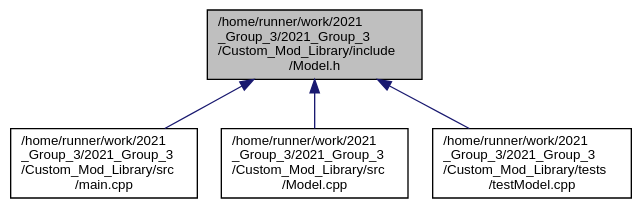
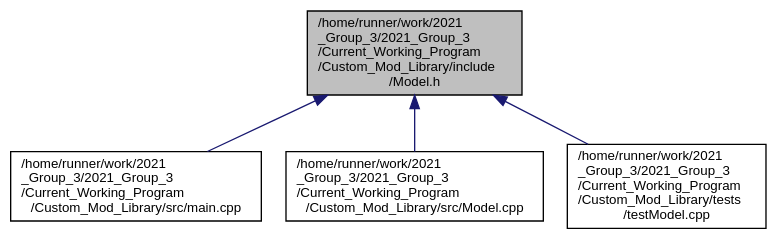
The diagram in _model_8h__dep__incl.dot (ejagombar/2021_Group_3), drawn with Graphviz before and after one commit. The commit also changed 69 other files, not shown here.

```diff
--- a/_model_8h__dep__incl.dot
+++ b/_model_8h__dep__incl.dot
@@ -1,14 +1,14 @@
-digraph "/home/runner/work/2021_Group_3/2021_Group_3/Custom_Mod_Library/include/Model.h"
+digraph "/home/runner/work/2021_Group_3/2021_Group_3/Current_Working_Program/Custom_Mod_Library/include/Model.h"
 {
  // LATEX_PDF_SIZE
   bgcolor="transparent";
   edge [fontname="Helvetica",fontsize="10",labelfontname="Helvetica",labelfontsize="10"];
   node [fontname="Helvetica",fontsize="10",shape=record];
-  Node1 [label="/home/runner/work/2021\l_Group_3/2021_Group_3\l/Custom_Mod_Library/include\l/Model.h",height=0.2,width=0.4,color="black", fillcolor="grey75", style="filled", fontcolor="black",tooltip="Class used to open, save and store .mod files."];
+  Node1 [label="/home/runner/work/2021\l_Group_3/2021_Group_3\l/Current_Working_Program\l/Custom_Mod_Library/include\l/Model.h",height=0.2,width=0.4,color="black", fillcolor="grey75", style="filled", fontcolor="black",tooltip="Class used to open, save and store .mod files."];
   Node1 -> Node2 [dir="back",color="midnightblue",fontsize="10",style="solid",fontname="Helvetica"];
-  Node2 [label="/home/runner/work/2021\l_Group_3/2021_Group_3\l/Custom_Mod_Library/src\l/main.cpp",height=0.2,width=0.4,color="black",URL="$_custom___mod___library_2src_2main_8cpp.html",tooltip=" "];
+  Node2 [label="/home/runner/work/2021\l_Group_3/2021_Group_3\l/Current_Working_Program\l/Custom_Mod_Library/src/main.cpp",height=0.2,width=0.4,color="black",URL="$_custom___mod___library_2src_2main_8cpp.html",tooltip=" "];
   Node1 -> Node3 [dir="back",color="midnightblue",fontsize="10",style="solid",fontname="Helvetica"];
-  Node3 [label="/home/runner/work/2021\l_Group_3/2021_Group_3\l/Custom_Mod_Library/src\l/Model.cpp",height=0.2,width=0.4,color="black",URL="$_model_8cpp.html",tooltip=" "];
+  Node3 [label="/home/runner/work/2021\l_Group_3/2021_Group_3\l/Current_Working_Program\l/Custom_Mod_Library/src/Model.cpp",height=0.2,width=0.4,color="black",URL="$_model_8cpp.html",tooltip=" "];
   Node1 -> Node4 [dir="back",color="midnightblue",fontsize="10",style="solid",fontname="Helvetica"];
-  Node4 [label="/home/runner/work/2021\l_Group_3/2021_Group_3\l/Custom_Mod_Library/tests\l/testModel.cpp",height=0.2,width=0.4,color="black",URL="$test_model_8cpp.html",tooltip=" "];
+  Node4 [label="/home/runner/work/2021\l_Group_3/2021_Group_3\l/Current_Working_Program\l/Custom_Mod_Library/tests\l/testModel.cpp",height=0.2,width=0.4,color="black",URL="$test_model_8cpp.html",tooltip=" "];
 }
```
